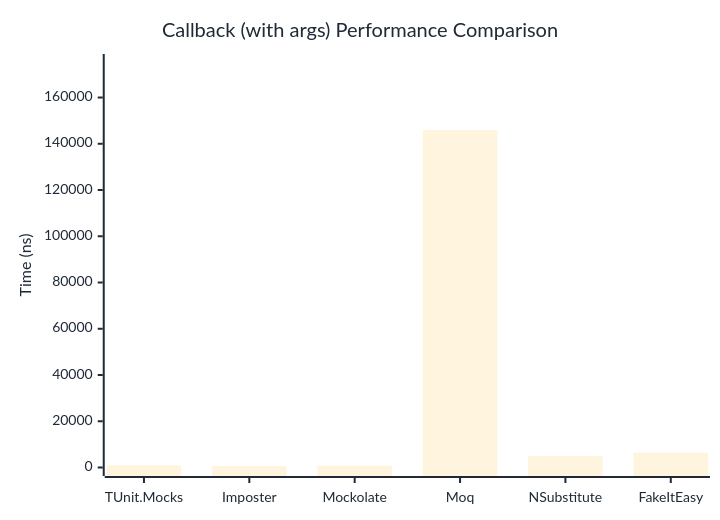
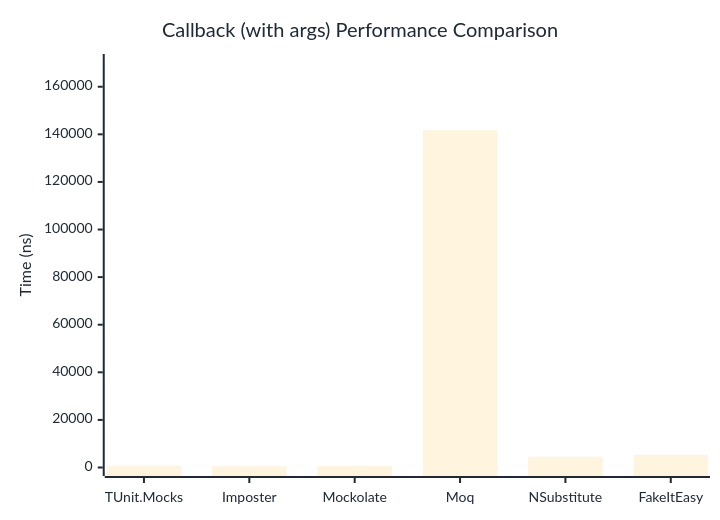
The second of 2 diagrams in docs/docs/benchmarks/mocks/Callback.md (thomhurst/TUnit), drawn with Mermaid before and after one commit. The commit also changed other lines of this file and 14 other files, not shown here.

````diff
--- a/docs/docs/benchmarks/mocks/Callback.md
+++ b/docs/docs/benchmarks/mocks/Callback.md
@@ -69,27 +69,27 @@
 ```mermaid
 %%{init: {
   'theme':'base',
   'themeVariables': {
     'primaryColor': '#2563eb',
     'primaryTextColor': '#1f2937',
     'primaryBorderColor': '#1e40af',
     'lineColor': '#6b7280',
     'secondaryColor': '#7c3aed',
     'tertiaryColor': '#dc2626',
     'background': '#ffffff',
     'pie1': '#2563eb',
     'pie2': '#7c3aed',
     'pie3': '#dc2626',
     'pie4': '#f59e0b',
     'pie5': '#10b981',
     'pie6': '#06b6d4',
     'pie7': '#ec4899',
     'pie8': '#6366f1'
   }
 }}%%
 xychart-beta
   title "Callback (with args) Performance Comparison"
   x-axis ["TUnit.Mocks", "Imposter", "Mockolate", "Moq", "NSubstitute", "FakeItEasy"]
-  y-axis "Time (ns)" 0 --> 175144
-  bar [964.5, 617.4, 759.8, 145952.9, 4910.5, 6437]
+  y-axis "Time (ns)" 0 --> 170182
+  bar [801.7, 532.3, 697.4, 141818.1, 4525.2, 5370.5]
 ```
````
